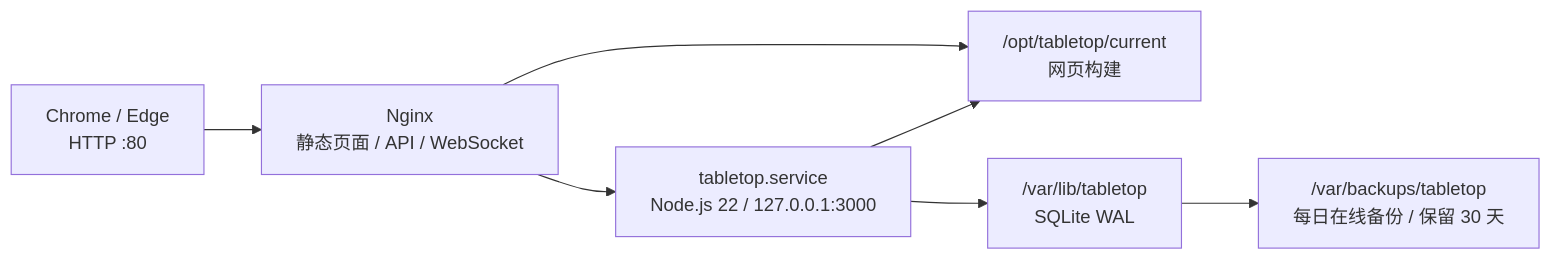
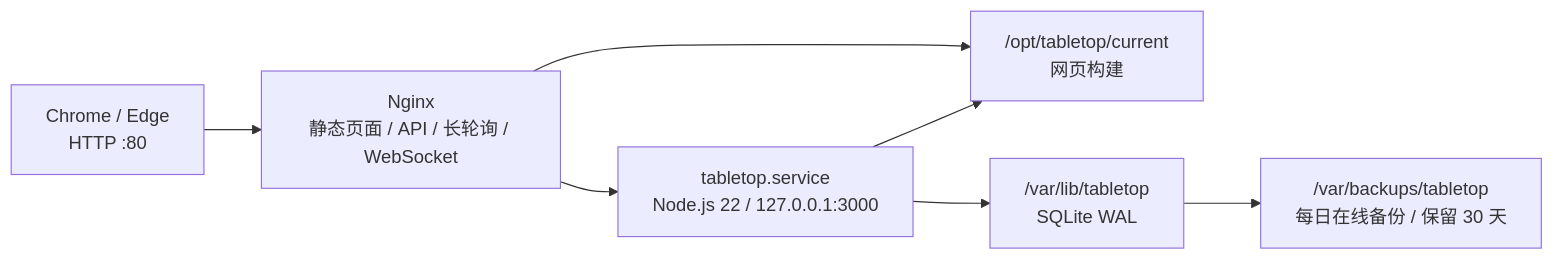
The diagram in docs/deployment.md (huzife/tabletop), drawn with Mermaid before and after one commit. The commit also changed other lines of this file and 37 other files, not shown here.

````diff
--- a/docs/deployment.md
+++ b/docs/deployment.md
@@ -22,9 +22,9 @@
 ```mermaid
 flowchart LR
-  browser["Chrome / Edge<br/>HTTP :80"] --> nginx["Nginx<br/>静态页面 / API / WebSocket"]
+  browser["Chrome / Edge<br/>HTTP :80"] --> nginx["Nginx<br/>静态页面 / API / 长轮询 / WebSocket"]
   nginx --> node["tabletop.service<br/>Node.js 22 / 127.0.0.1:3000"]
   nginx --> release["/opt/tabletop/current<br/>网页构建"]
   node --> release
   node --> db["/var/lib/tabletop<br/>SQLite WAL"]
   db --> backup["/var/backups/tabletop<br/>每日在线备份 / 保留 30 天"]
 ```
````
